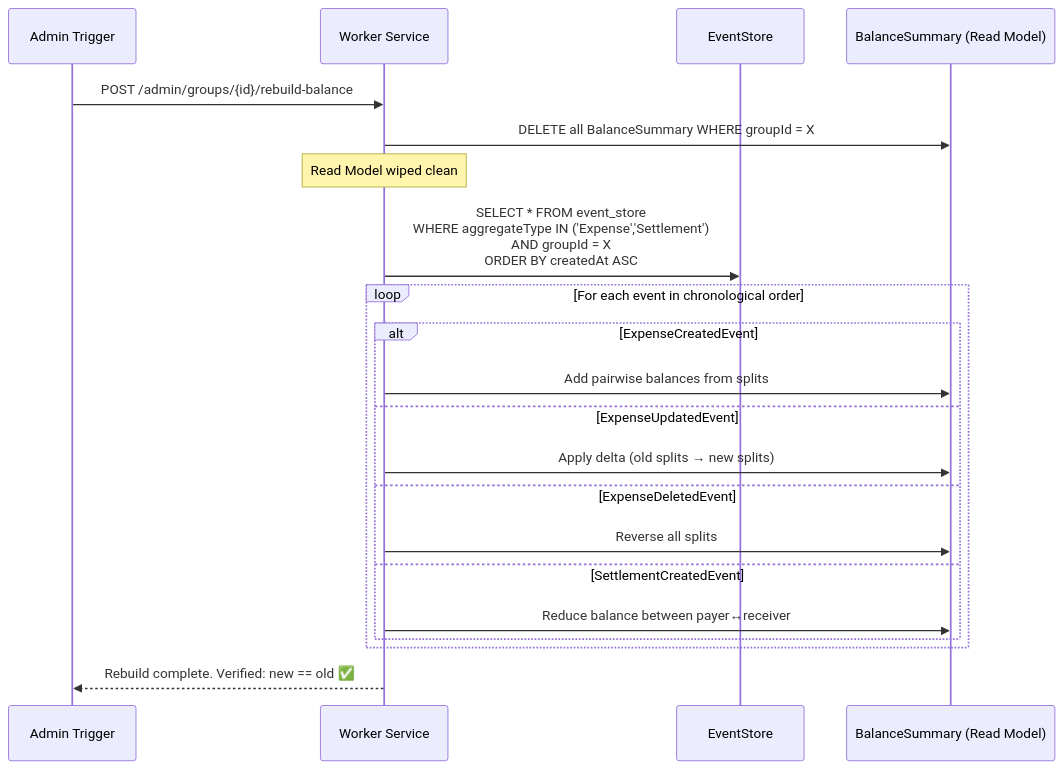
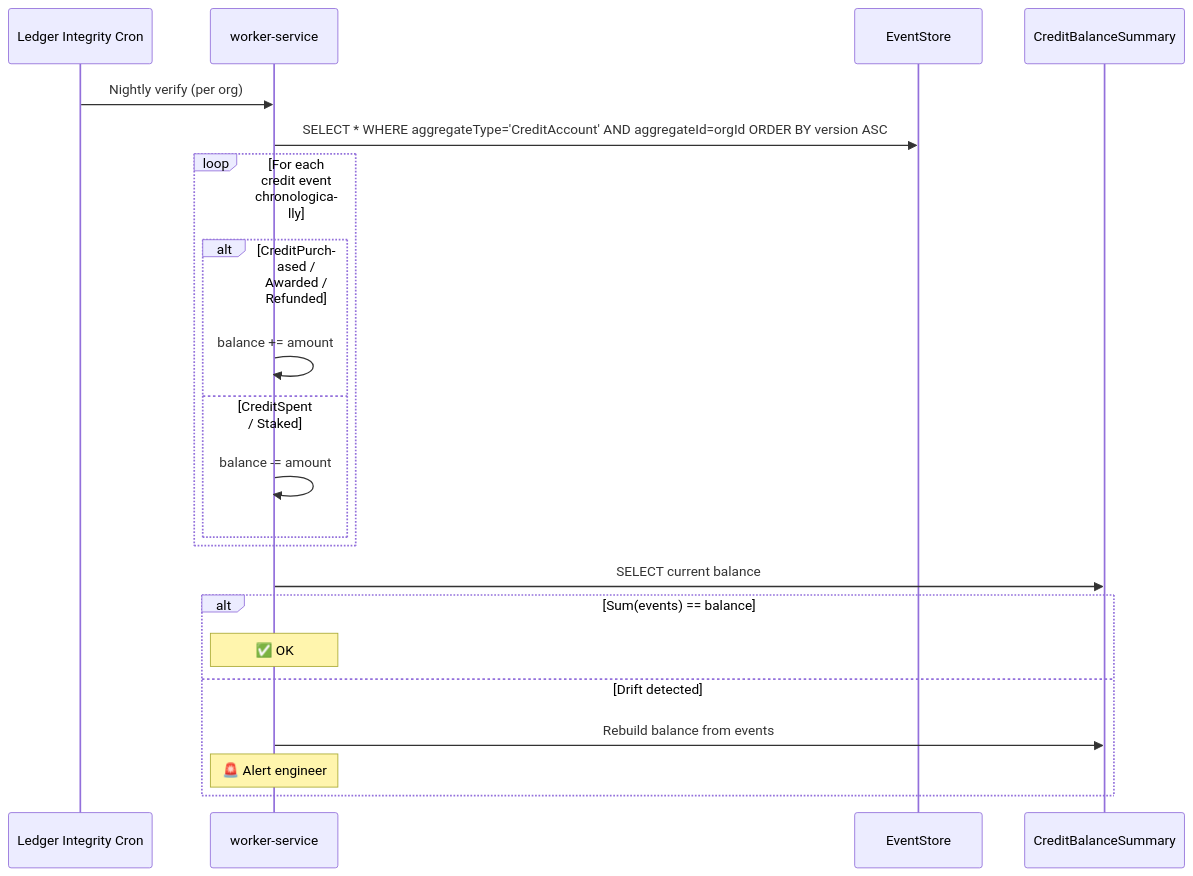
One commit to minhle106cse/distributed-social-platform changed the seventh of 7 diagrams in docs/03_system_architecture_diagrams.md. Above: the diagram before and after it, drawn with Mermaid. The commit also changed other lines of this file and 49 other files, not shown here.

````diff
--- a/docs/03_system_architecture_diagrams.md
+++ b/docs/03_system_architecture_diagrams.md
@@ -359,28 +333,26 @@
 ```mermaid
 sequenceDiagram
-    participant Admin as Admin Trigger
-    participant Worker as Worker Service
+    participant Cron as Ledger Integrity Cron
+    participant Worker as worker-service
     participant ES as EventStore
-    participant RM as BalanceSummary (Read Model)
+    participant RM as CreditBalanceSummary
 
-    Admin->>Worker: POST /admin/groups/{id}/rebuild-balance
+    Cron->>Worker: Nightly verify (per org)
+    Worker->>ES: SELECT * WHERE aggregateType='CreditAccount' AND aggregateId=orgId ORDER BY version ASC
 
-    Worker->>RM: DELETE all BalanceSummary WHERE groupId = X
-    Note over Worker: Read Model wiped clean
-
-    Worker->>ES: SELECT * FROM event_store<br/>WHERE aggregateType IN ('Expense','Settlement')<br/>AND groupId = X<br/>ORDER BY createdAt ASC
-
-    loop For each event in chronological order
-        alt ExpenseCreatedEvent
-            Worker->>RM: Add pairwise balances from splits
-        else ExpenseUpdatedEvent
-            Worker->>RM: Apply delta (old splits → new splits)
-        else ExpenseDeletedEvent
-            Worker->>RM: Reverse all splits
-        else SettlementCreatedEvent
-            Worker->>RM: Reduce balance between payer↔receiver
+    loop For each credit event chronologically
+        alt CreditPurchased / Awarded / Refunded
+            Worker->>Worker: balance += amount
+        else CreditSpent / Staked
+            Worker->>Worker: balance -= amount
         end
     end
 
-    Worker-->>Admin: Rebuild complete. Verified: new == old ✅
+    Worker->>RM: SELECT current balance
+    alt Sum(events) == balance
+        Note over Worker: ✅ OK
+    else Drift detected
+        Worker->>RM: Rebuild balance from events
+        Note over Worker: 🚨 Alert engineer
+    end
 ```
````
